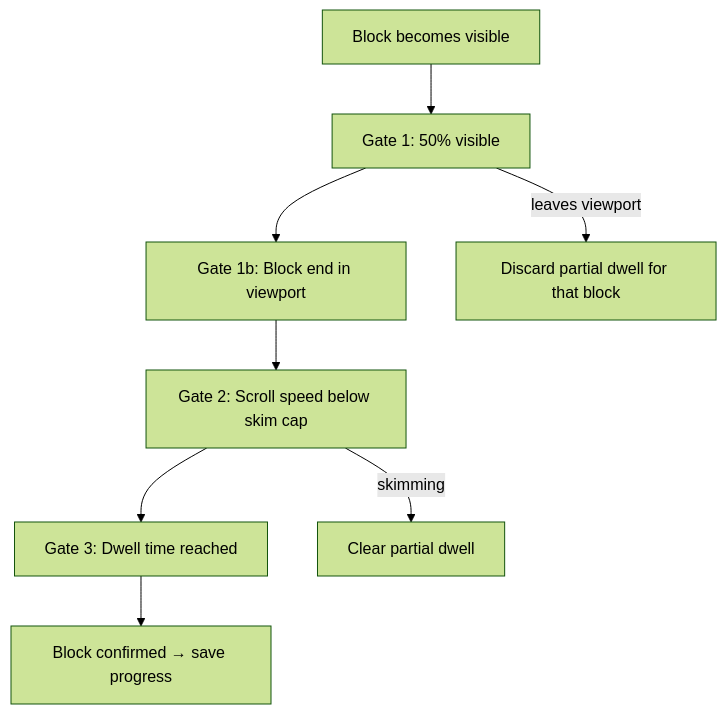
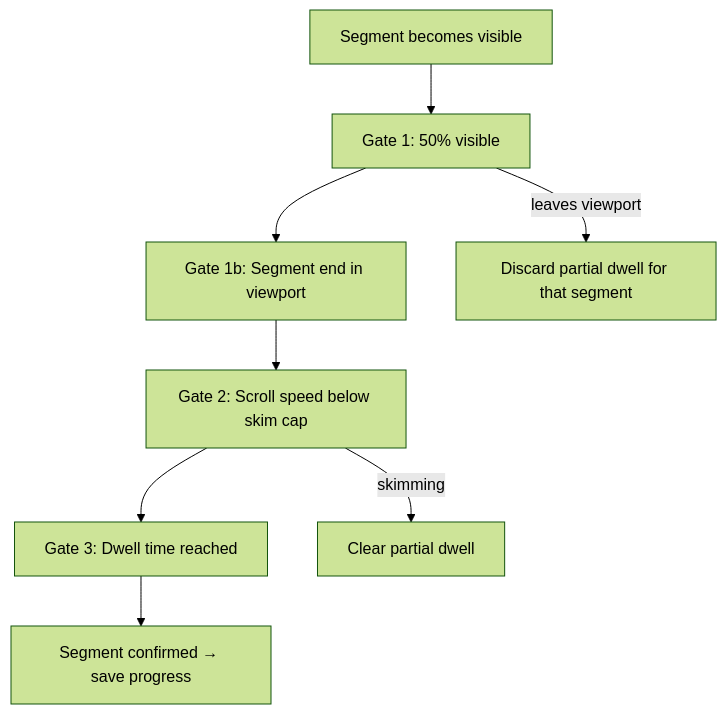
One commit to bccsa/luminary changed the diagram in docs/reading-progress-tracker.md. Above: the diagram before and after it, drawn with Mermaid (forest theme). The commit also changed other lines of this file and 8 other files, not shown here.

First line of the commit message:
Add continue-reading prompt and segment-based progress tracking.

````diff
--- a/docs/reading-progress-tracker.md
+++ b/docs/reading-progress-tracker.md
@@ -50,10 +63,10 @@
 ```mermaid
 flowchart TD
-    Start[Block becomes visible] --> G1[Gate 1: 50% visible]
-    G1 --> G1b[Gate 1b: Block end in viewport]
+    Start[Segment becomes visible] --> G1[Gate 1: 50% visible]
+    G1 --> G1b[Gate 1b: Segment end in viewport]
     G1b --> G2[Gate 2: Scroll speed below skim cap]
     G2 --> G3[Gate 3: Dwell time reached]
-    G3 --> Done[Block confirmed → save progress]
+    G3 --> Done[Segment confirmed → save progress]
     G2 -->|skimming| Reset[Clear partial dwell]
-    G1 -->|leaves viewport| Cancel[Discard partial dwell for that block]
+    G1 -->|leaves viewport| Cancel[Discard partial dwell for that segment]
 ```
````
